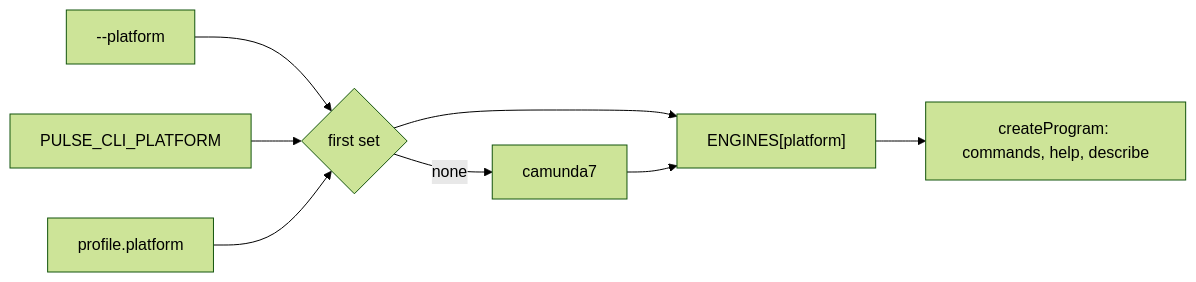
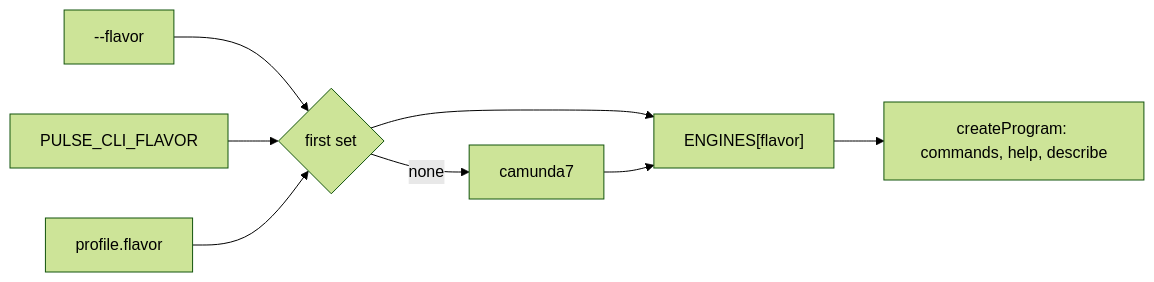
One commit to Miragon/pulse changed the third of 4 diagrams in docs/cli/architecture.md. Above: the diagram before and after it, drawn with Mermaid (forest theme). The commit also changed 38 other files, not shown here.

First line of the commit message:
feat(cli)!: rename the platform setting to flavor

````diff
--- a/docs/cli/architecture.md
+++ b/docs/cli/architecture.md
@@ -66,10 +66,10 @@
 ```mermaid
 flowchart LR
-  argv["--platform"] --> pick{first set}
-  env["PULSE_CLI_PLATFORM"] --> pick
-  profile["profile.platform"] --> pick
+  argv["--flavor"] --> pick{first set}
+  env["PULSE_CLI_FLAVOR"] --> pick
+  profile["profile.flavor"] --> pick
   pick -- none --> default["camunda7"]
-  pick --> adapter["ENGINES[platform]"]
+  pick --> adapter["ENGINES[flavor]"]
   default --> adapter
   adapter --> program["createProgram: commands, help, describe"]
 ```
````
